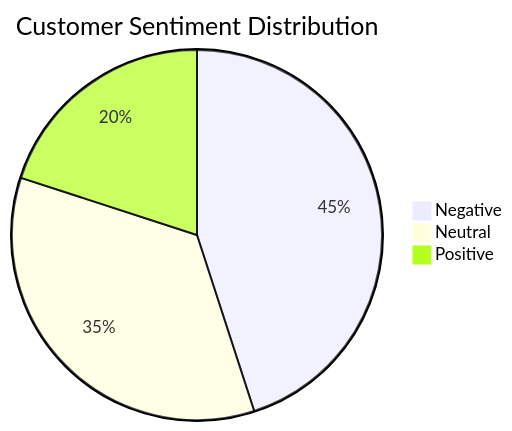
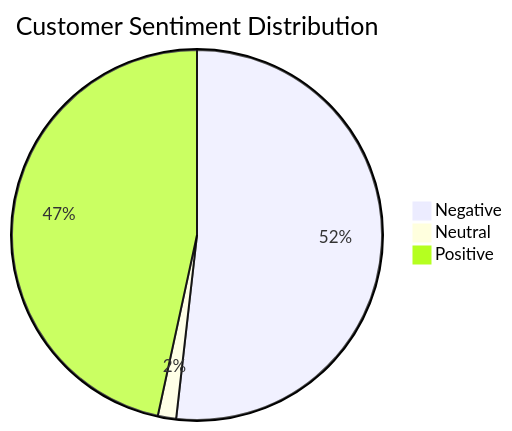
Before and after one commit to SoGhosh719/British_Airways: the first of 8 diagrams in README.md, drawn with Mermaid. The commit also changed other lines of this file, not shown here.

````diff
--- a/README.md
+++ b/README.md
@@ -37,7 +37,7 @@
 ```mermaid {scale: 0.7}
 pie
     title Customer Sentiment Distribution
-    "Negative" : 45
-    "Neutral" : 35
-    "Positive" : 20
+    "Negative" : 51.8
+    "Neutral" : 1.6
+    "Positive" : 46.6
 ```
````
